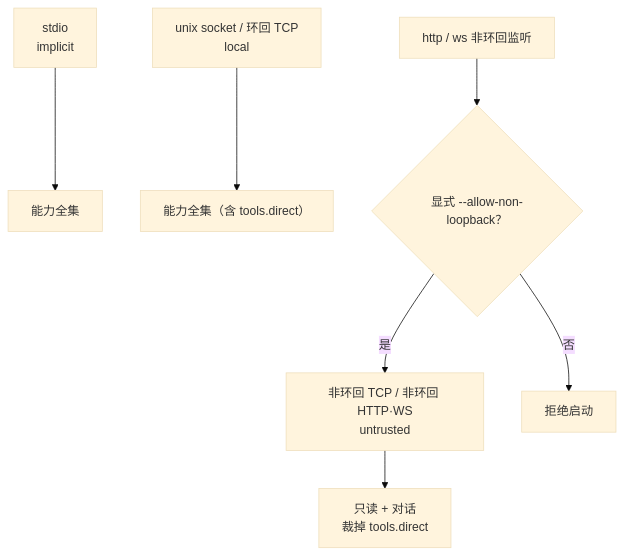
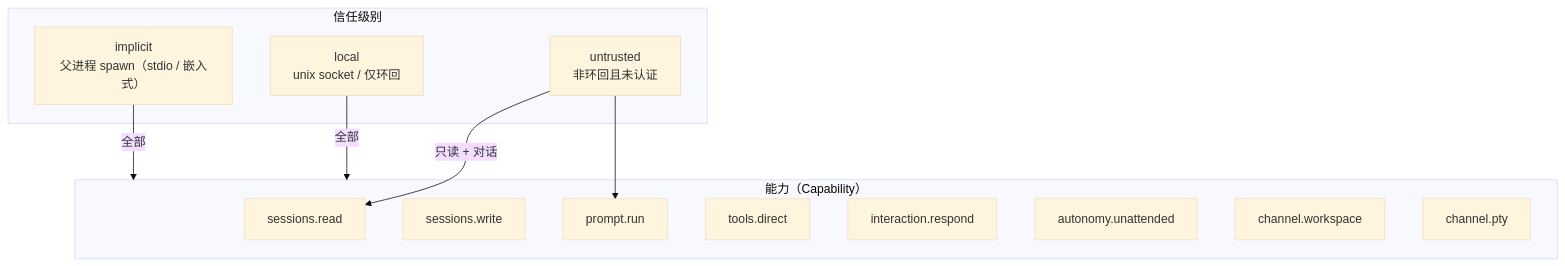
Before and after one commit to easyx-dev/ucode: the fourth of 4 diagrams in docs/00-架构总览.md, drawn with Mermaid (base theme). The commit also changed other lines of this file and 10 other files, not shown here.

````diff
--- a/docs/00-架构总览.md
+++ b/docs/00-架构总览.md
@@ -171,10 +125,22 @@
 ```mermaid
 flowchart TB
-  t1["stdio<br/>implicit"] --> g1["能力全集"]
-  t2["unix socket / 环回 TCP<br/>local"] --> g2["能力全集（含 tools.direct）"]
-  t3["非环回 TCP / 非环回 HTTP·WS<br/>untrusted"] --> g3["只读 + 对话<br/>裁掉 tools.direct"]
-
-  t4["http / ws 非环回监听"] --> r4{"显式 --allow-non-loopback？"}
-  r4 -->|否| start1["拒绝启动"]
-  r4 -->|是| t3
+  subgraph trust["信任级别"]
+    implicit["implicit<br/>父进程 spawn（stdio / 嵌入式）"]
+    local["local<br/>unix socket / 仅环回"]
+    untrusted["untrusted<br/>非环回且未认证"]
+  end
+  subgraph caps["能力（Capability）"]
+    read["sessions.read"]
+    write["sessions.write"]
+    prompt["prompt.run"]
+    tools["tools.direct"]
+    respond["interaction.respond"]
+    unattended["autonomy.unattended"]
+    workspace["channel.workspace"]
+    pty["channel.pty"]
+  end
+  implicit -->|全部| caps
+  local -->|全部| caps
+  untrusted -->|只读 + 对话| read
+  untrusted --> prompt
 ```
````
